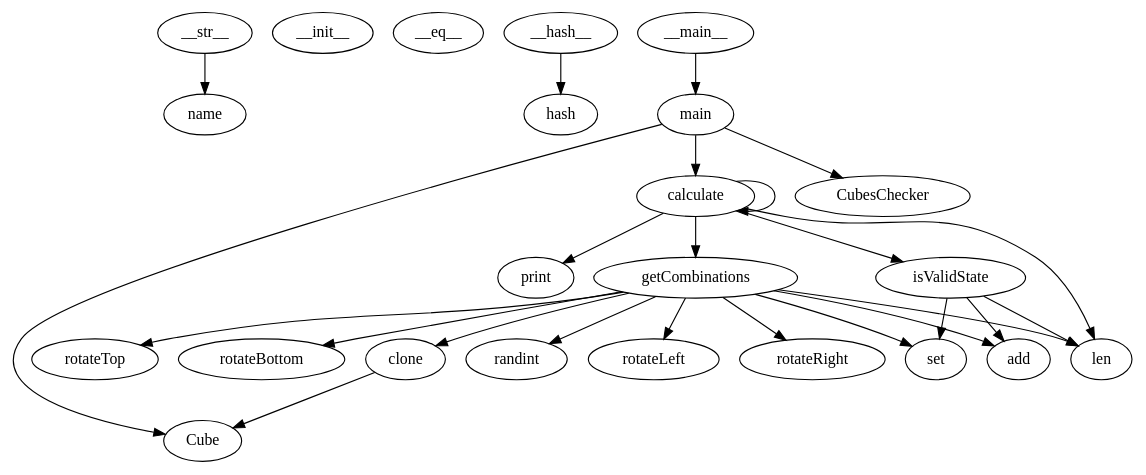
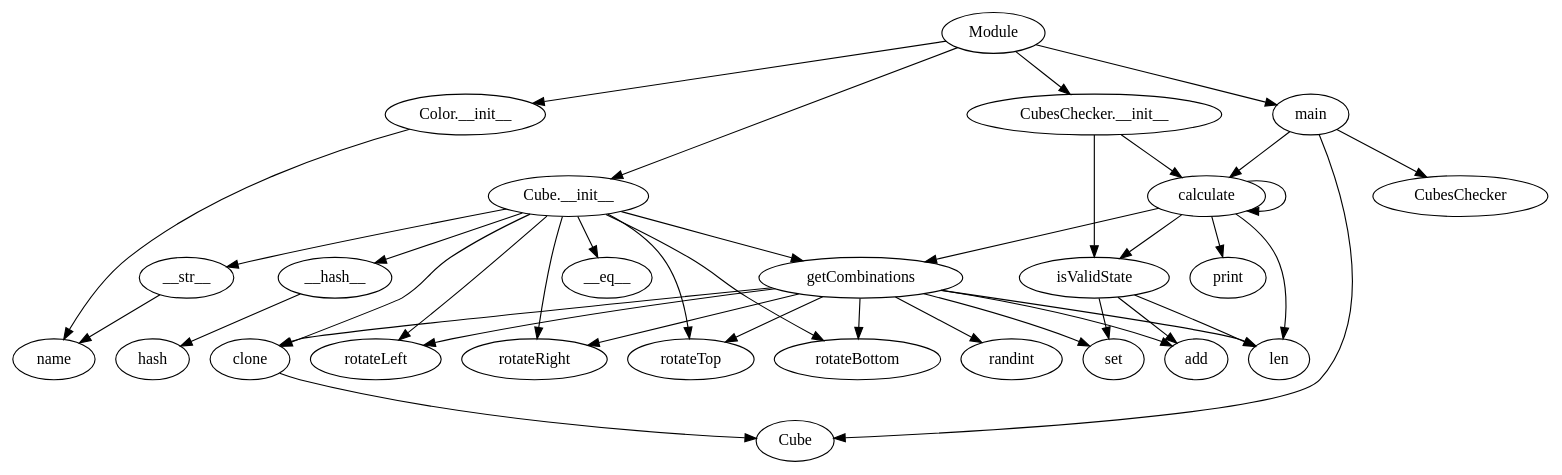
The diagram in CallGraph_dots/4CubesPuzzle.dot (JordanCoyne97/Final_Year_Project), drawn with Graphviz before and after one commit. The commit also changed 164 other files, not shown here.

```diff
--- a/CallGraph_dots/4CubesPuzzle.dot
+++ b/CallGraph_dots/4CubesPuzzle.dot
@@ -1,49 +1,66 @@
 digraph  {
 name;
-__init__;
 __eq__;
 __hash__;
 hash;
 clone;
 Cube;
 __str__;
 getCombinations;
 set;
 add;
 len;
 randint;
 rotateLeft;
 rotateRight;
 rotateTop;
 rotateBottom;
 isValidState;
 calculate;
 print;
 main;
 CubesChecker;
-__main__;
+Module;
+"Color.__init__";
+"Cube.__init__";
+"CubesChecker.__init__";
 __hash__ -> hash;
 clone -> Cube;
 __str__ -> name;
 getCombinations -> set;
 getCombinations -> add;
 getCombinations -> clone;
 getCombinations -> len;
 getCombinations -> randint;
 getCombinations -> rotateLeft;
 getCombinations -> rotateRight;
 getCombinations -> rotateTop;
 getCombinations -> rotateBottom;
 isValidState -> set;
 isValidState -> add;
 isValidState -> len;
 calculate -> len;
 calculate -> isValidState;
 calculate -> print;
 calculate -> getCombinations;
 calculate -> calculate;
 main -> Cube;
 main -> CubesChecker;
 main -> calculate;
-__main__ -> main;
+Module -> "Color.__init__";
+Module -> "Cube.__init__";
+Module -> "CubesChecker.__init__";
+Module -> main;
+"Color.__init__" -> name;
+"Cube.__init__" -> __eq__;
+"Cube.__init__" -> __hash__;
+"Cube.__init__" -> clone;
+"Cube.__init__" -> __str__;
+"Cube.__init__" -> getCombinations;
+"Cube.__init__" -> rotateLeft;
+"Cube.__init__" -> rotateRight;
+"Cube.__init__" -> rotateTop;
+"Cube.__init__" -> rotateBottom;
+"CubesChecker.__init__" -> isValidState;
+"CubesChecker.__init__" -> calculate;
 }
```
